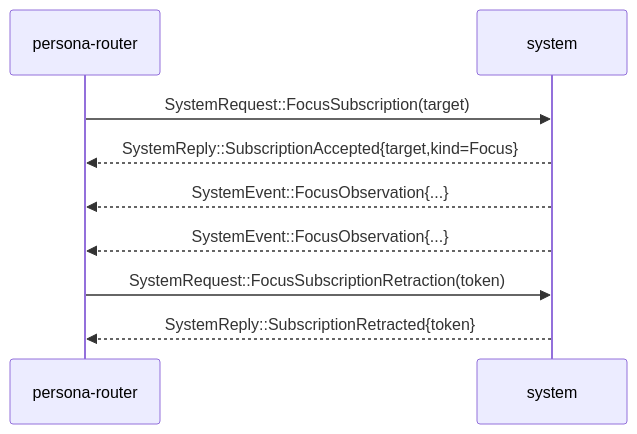
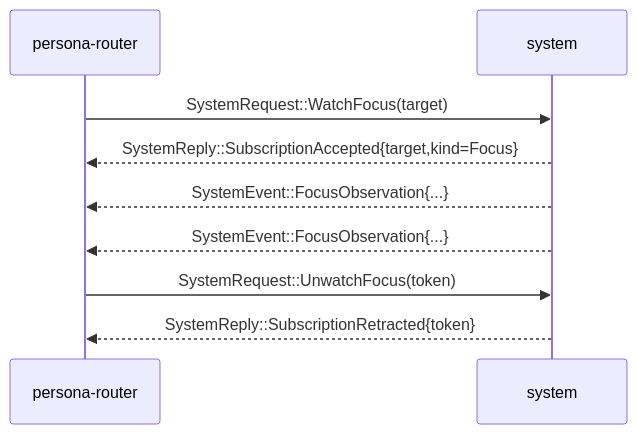
One commit to LiGoldragon/signal-system changed the diagram in ARCHITECTURE.md. Above: the diagram before and after it, drawn with Mermaid. The commit also changed other lines of this file and 9 other files, not shown here.

````diff
--- a/ARCHITECTURE.md
+++ b/ARCHITECTURE.md
@@ -127,12 +107,12 @@
 ```mermaid
 sequenceDiagram
     participant Router as persona-router
     participant System as system
 
-    Router->>System: SystemRequest::FocusSubscription(target)
+    Router->>System: SystemRequest::WatchFocus(target)
     System-->>Router: SystemReply::SubscriptionAccepted{target,kind=Focus}
     System-->>Router: SystemEvent::FocusObservation{...}
     System-->>Router: SystemEvent::FocusObservation{...}
-    Router->>System: SystemRequest::FocusSubscriptionRetraction(token)
+    Router->>System: SystemRequest::UnwatchFocus(token)
     System-->>Router: SystemReply::SubscriptionRetracted{token}
 ```
````
